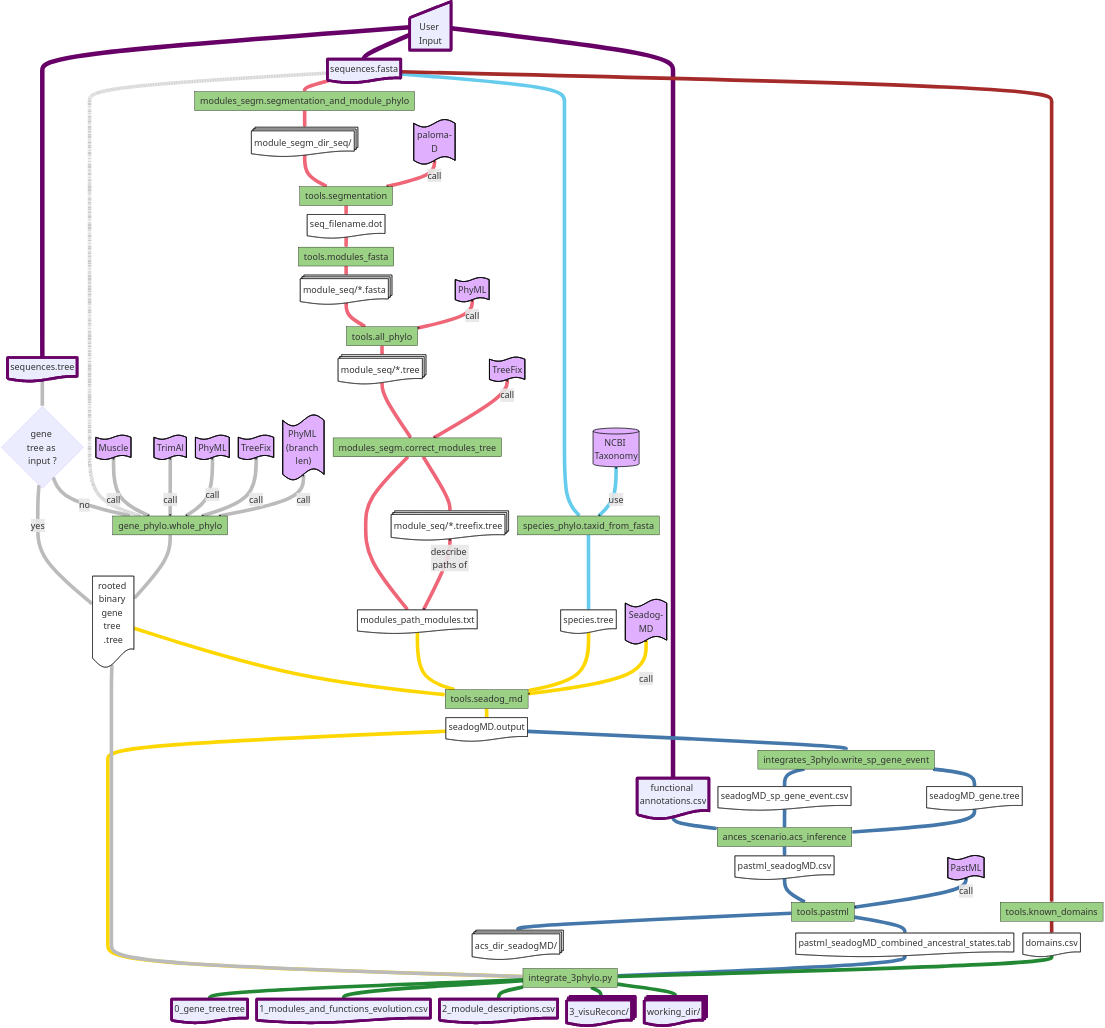
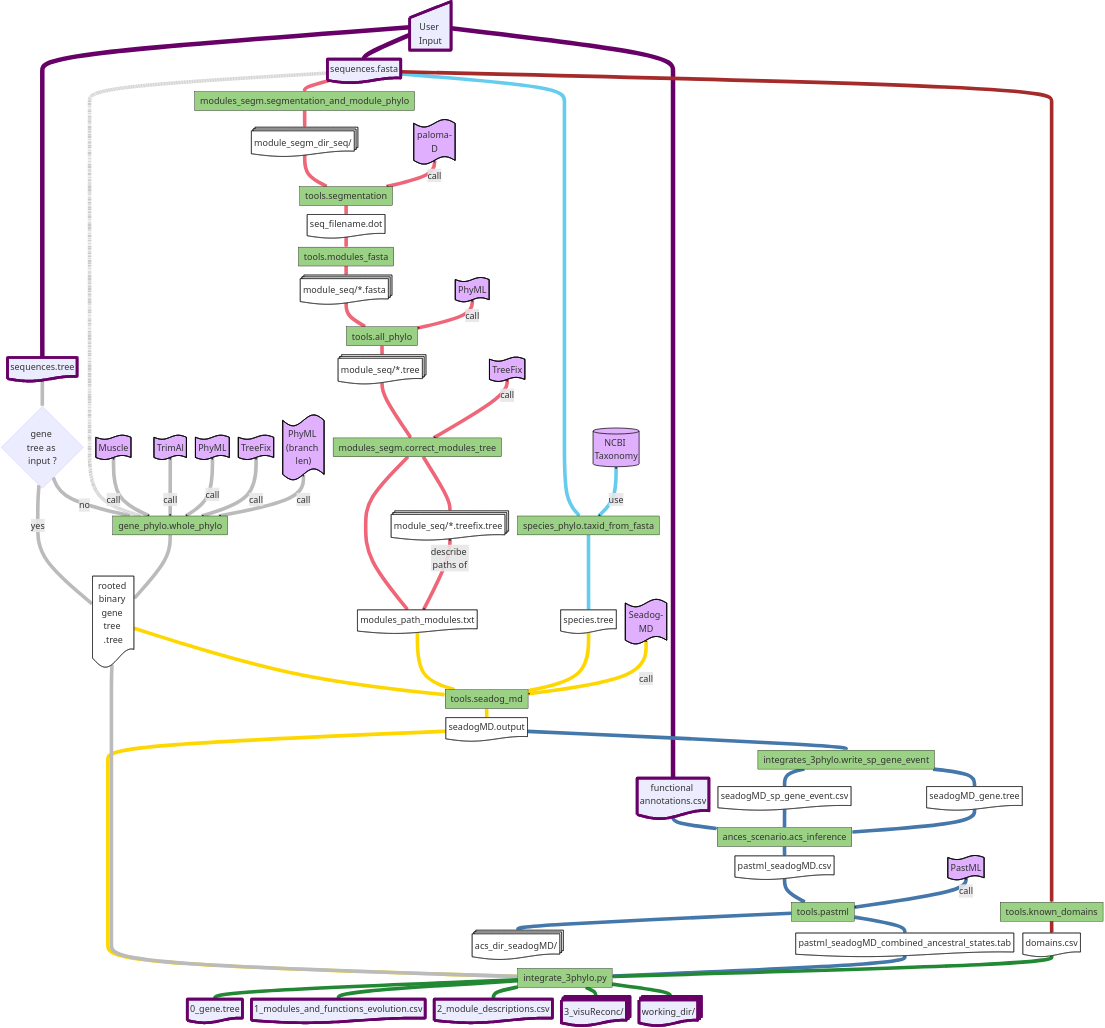
The first of 2 diagrams in README.md (OcMalde/fuse-phylotree), drawn with Mermaid before and after one commit. The commit also changed other lines of this file, not shown here.

```diff
--- a/README.md
+++ b/README.md
@@ -89,7 +90,7 @@
 a5 --> i1
 d2 --> i1
 
-i1 --> i2@{ shape: doc, label: "0_gene_tree.tree" }
+i1 --> i2@{ shape: doc, label: "0_gene.tree" }
 i1 --> i3@{ shape: doc, label: "1_modules_and_functions_evolution.csv" }
 i1 --> i4@{ shape: doc, label: "2_module_descriptions.csv" }
 i1 --> i5@{ shape: docs, label: "3_visuReconc/" }
```
